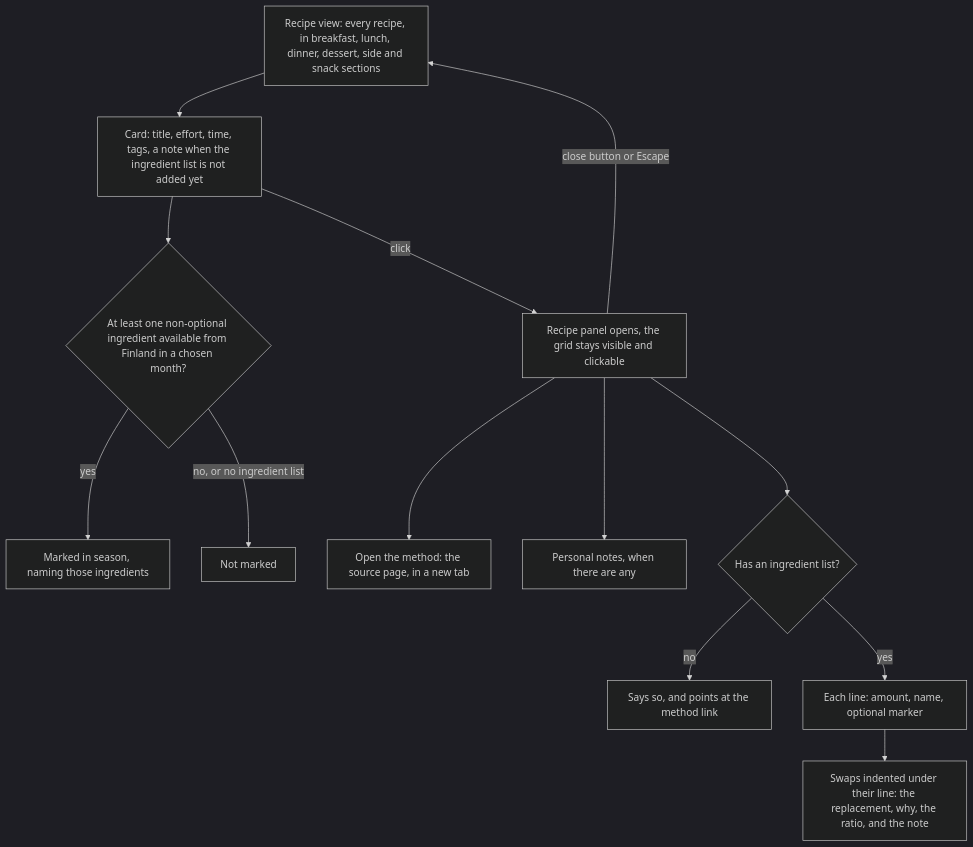
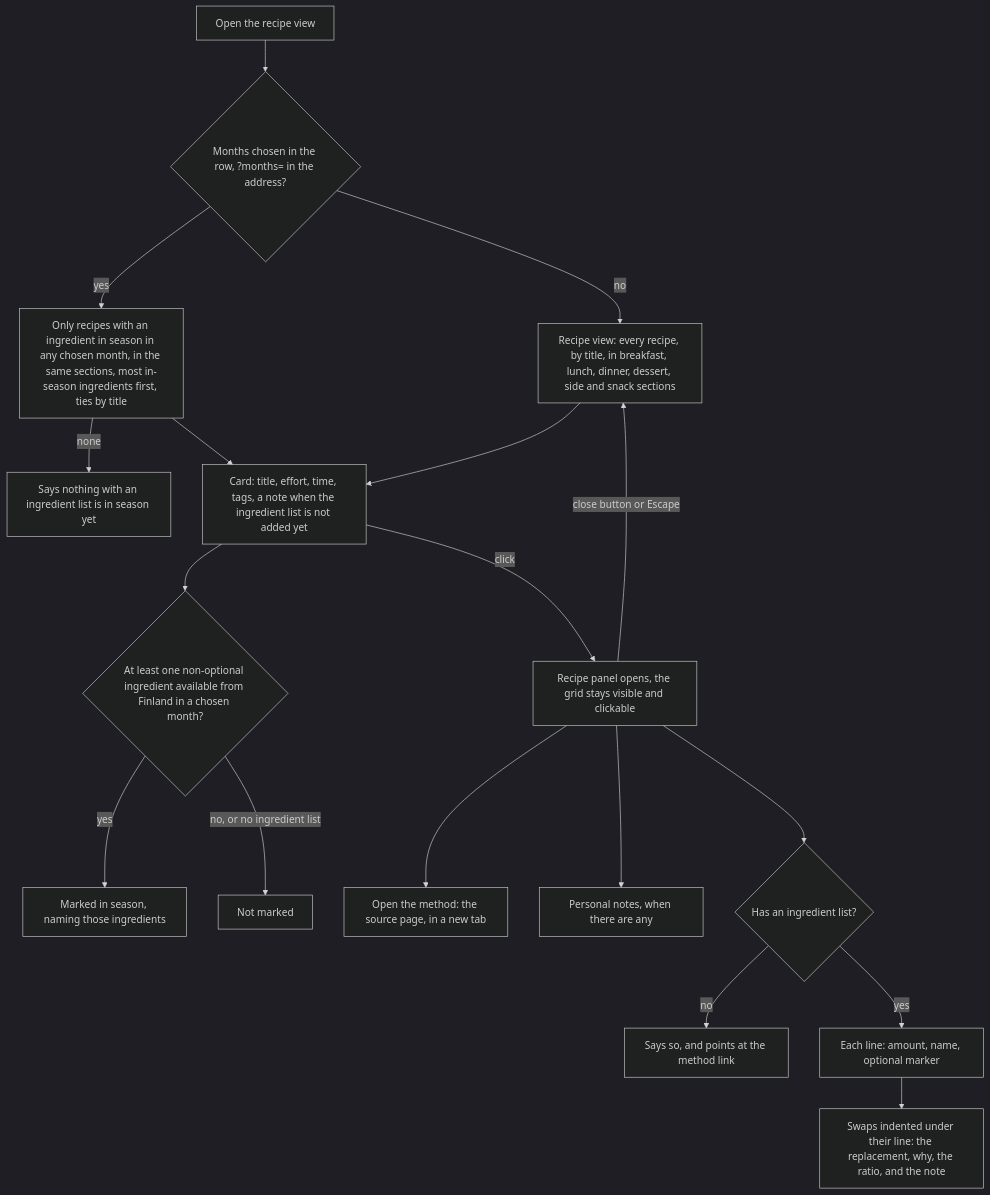
One commit to tiakangaspunta/eat-seasonal-app changed the fourth of 7 diagrams in docs/FLOWS.md. Above: the diagram before and after it, drawn with Mermaid (dark theme). The commit also changed other lines of this file and 11 other files, not shown here.

First line of the commit message:
Narrow the recipe view to the chosen months (issue 015)

````diff
--- a/docs/FLOWS.md
+++ b/docs/FLOWS.md
@@ -89,16 +89,20 @@
 ```mermaid
 flowchart TD
-    recipes["Recipe view: every recipe, in breakfast, lunch, dinner, dessert, side and snack sections"]
+    open["Open the recipe view"] --> chosen{"Months chosen in the row, ?months= in the address?"}
+    chosen -->|"no"| recipes["Recipe view: every recipe, by title, in breakfast, lunch, dinner, dessert, side and snack sections"]
+    chosen -->|"yes"| narrowed["Only recipes with an ingredient in season in any chosen month, in the same sections, most in-season ingredients first, ties by title"]
+    narrowed -->|"none"| none["Says nothing with an ingredient list is in season yet"]
+    narrowed --> card
     recipes --> card["Card: title, effort, time, tags, a note when the ingredient list is not added yet"]
     card --> season{"At least one non-optional ingredient available from Finland in a chosen month?"}
     season -->|"yes"| marked["Marked in season, naming those ingredients"]
     season -->|"no, or no ingredient list"| unmarked["Not marked"]
     card -->|"click"| panel["Recipe panel opens, the grid stays visible and clickable"]
     panel --> method["Open the method: the source page, in a new tab"]
     panel --> notes["Personal notes, when there are any"]
     panel --> list{"Has an ingredient list?"}
     list -->|"no"| empty["Says so, and points at the method link"]
     list -->|"yes"| lines["Each line: amount, name, optional marker"]
     lines --> swaps["Swaps indented under their line: the replacement, why, the ratio, and the note"]
     panel -->|"close button or Escape"| recipes
 ```
````
